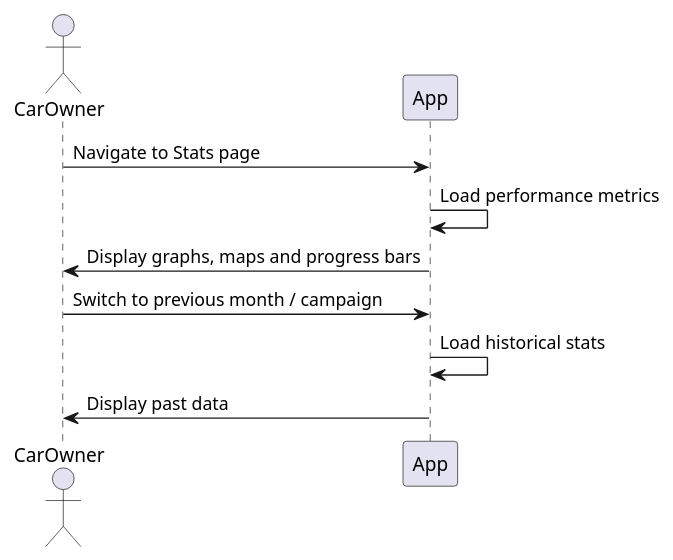
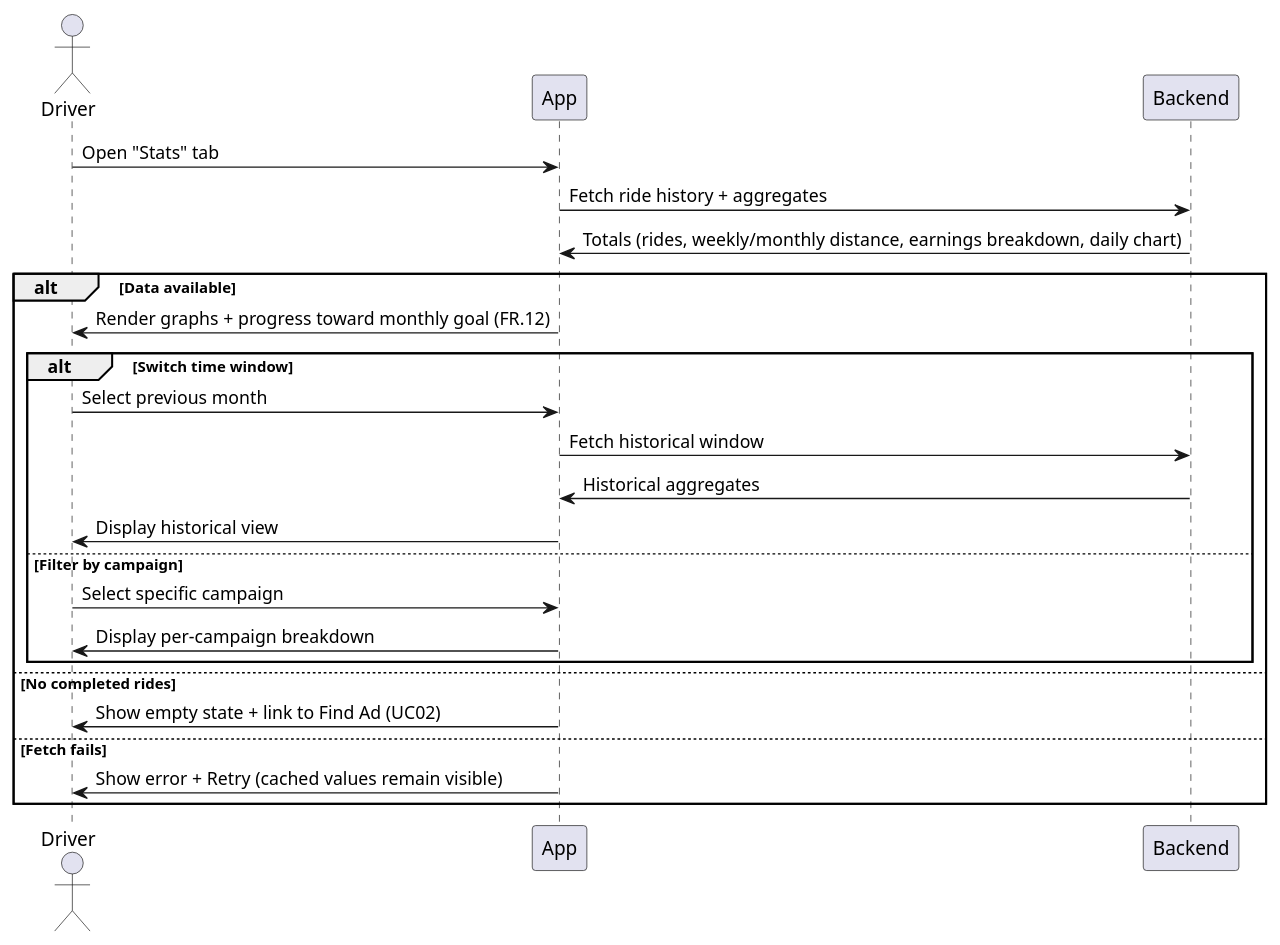
The diagram in DOCS/Usecases/User/ViewStats/ViewStatsDiagram.puml (TheXik/Ad-on-Wheels), drawn with PlantUML before and after one commit. The commit also changed 19 other files, not shown here.

Commit message:
docs: update puml diagrams and the svg

```diff
--- a/DOCS/Usecases/User/ViewStats/ViewStatsDiagram.puml
+++ b/DOCS/Usecases/User/ViewStats/ViewStatsDiagram.puml
@@ -1,14 +1,27 @@
 @startuml ViewStats
-actor CarOwner
+actor Driver
 
-CarOwner -> App : Navigate to Stats page
+Driver -> App : Open "Stats" tab
+App -> Backend : Fetch ride history + aggregates
+Backend -> App : Totals (rides, weekly/monthly distance, earnings breakdown, daily chart)
 
-App -> App : Load performance metrics
+alt Data available
+    App -> Driver : Render graphs + progress toward monthly goal (FR.12)
 
-App -> CarOwner : Display graphs, maps and progress bars
+    alt Switch time window
+        Driver -> App : Select previous month
+        App -> Backend : Fetch historical window
+        Backend -> App : Historical aggregates
+        App -> Driver : Display historical view
+    else Filter by campaign
+        Driver -> App : Select specific campaign
+        App -> Driver : Display per-campaign breakdown
+    end
 
-CarOwner -> App : Switch to previous month / campaign
-App -> App : Load historical stats
-App -> CarOwner : Display past data
+else No completed rides
+    App -> Driver : Show empty state + link to Find Ad (UC02)
+else Fetch fails
+    App -> Driver : Show error + Retry (cached values remain visible)
+end
 
 @enduml
```
